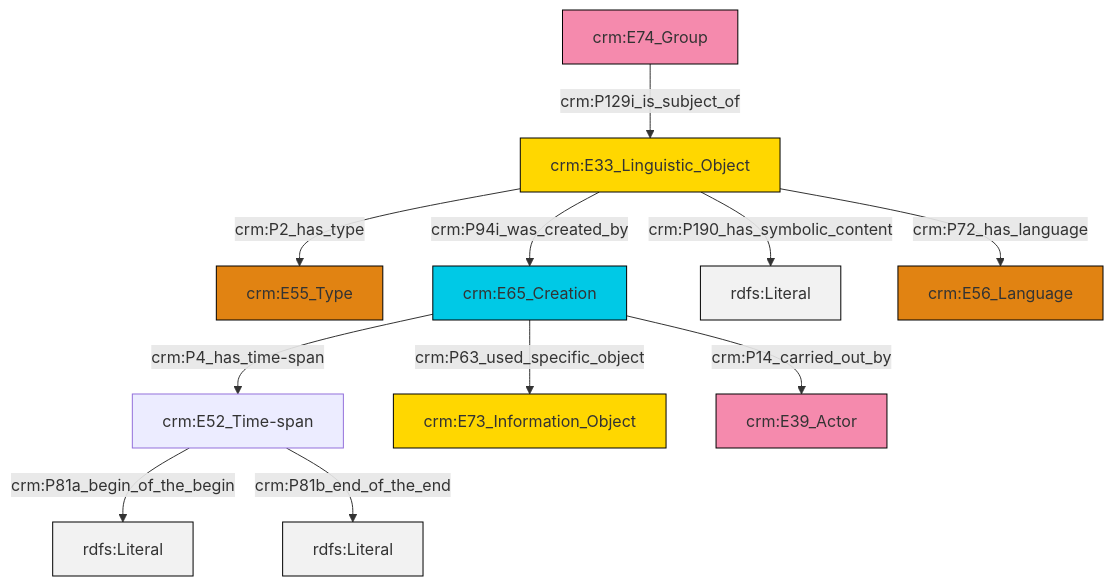
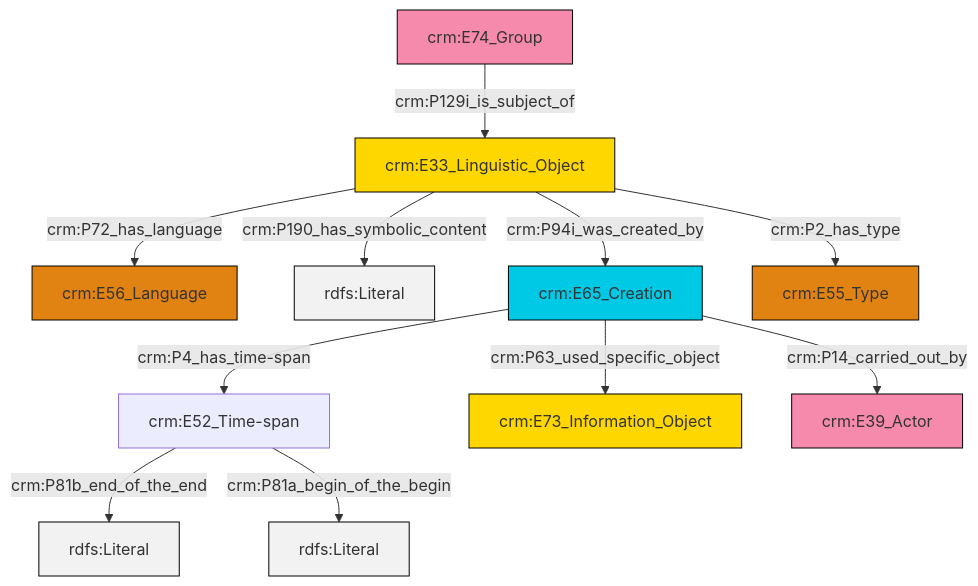
One commit to swiss-art-research-net/reference-data-models changed the diagram in et/groupCSV/ttl/mmd/group_description.ttl.mmd. Above: the diagram before and after it, drawn with Mermaid. The commit also changed 126 other files, not shown here.

```diff
--- a/et/groupCSV/ttl/mmd/group_description.ttl.mmd
+++ b/et/groupCSV/ttl/mmd/group_description.ttl.mmd
@@ -1,25 +1,25 @@
 graph TD
 classDef Literal fill:#f2f2f2,stroke:#000000;
 classDef CRM_Entity fill:#FFFFFF,stroke:#000000;
 classDef Temporal_Entity fill:#00C9E6, stroke:#000000;
 classDef Type fill:#E18312, stroke:#000000;
 classDef Time-Span fill:#2C9C91, stroke:#000000;
 classDef Appellation fill:#FFEB7F, stroke:#000000;
 classDef Place fill:#008836, stroke:#000000;
 classDef Persistent_Item fill:#B266B2, stroke:#000000;
 classDef Conceptual_Object fill:#FFD700, stroke:#000000;
 classDef Physical_Thing fill:#D2B48C, stroke:#000000;
 classDef Actor fill:#f58aad, stroke:#000000;
 classDef PC_Classes fill:#4ce600, stroke:#000000;
 classDef Multi fill:#cccccc,stroke:#000000;
 
-0["crm:E52_Time-span"]:::Default -->|crm:P81a_begin_of_the_begin| 1[rdfs:Literal]:::Literal
+0["crm:E52_Time-span"]:::Default -->|crm:P81b_end_of_the_end| 1[rdfs:Literal]:::Literal
 2["crm:E74_Group"]:::Actor -->|crm:P129i_is_subject_of| 3["crm:E33_Linguistic_Object"]:::Conceptual_Object
-3["crm:E33_Linguistic_Object"]:::Conceptual_Object -->|crm:P2_has_type| 4["crm:E55_Type"]:::Type
-5["crm:E65_Creation"]:::Temporal_Entity -->|crm:P63_used_specific_object| 6["crm:E73_Information_Object"]:::Conceptual_Object
-3["crm:E33_Linguistic_Object"]:::Conceptual_Object -->|crm:P190_has_symbolic_content| 7[rdfs:Literal]:::Literal
-3["crm:E33_Linguistic_Object"]:::Conceptual_Object -->|crm:P72_has_language| 8["crm:E56_Language"]:::Type
-5["crm:E65_Creation"]:::Temporal_Entity -->|crm:P4_has_time-span| 0["crm:E52_Time-span"]:::Default
-5["crm:E65_Creation"]:::Temporal_Entity -->|crm:P14_carried_out_by| 10["crm:E39_Actor"]:::Actor
-0["crm:E52_Time-span"]:::Default -->|crm:P81b_end_of_the_end| 18[rdfs:Literal]:::Literal
-3["crm:E33_Linguistic_Object"]:::Conceptual_Object -->|crm:P94i_was_created_by| 5["crm:E65_Creation"]:::Temporal_Entity
+3["crm:E33_Linguistic_Object"]:::Conceptual_Object -->|crm:P72_has_language| 4["crm:E56_Language"]:::Type
+3["crm:E33_Linguistic_Object"]:::Conceptual_Object -->|crm:P190_has_symbolic_content| 5[rdfs:Literal]:::Literal
+3["crm:E33_Linguistic_Object"]:::Conceptual_Object -->|crm:P94i_was_created_by| 6["crm:E65_Creation"]:::Temporal_Entity
+6["crm:E65_Creation"]:::Temporal_Entity -->|crm:P4_has_time-span| 0["crm:E52_Time-span"]:::Default
+6["crm:E65_Creation"]:::Temporal_Entity -->|crm:P63_used_specific_object| 11["crm:E73_Information_Object"]:::Conceptual_Object
+3["crm:E33_Linguistic_Object"]:::Conceptual_Object -->|crm:P2_has_type| 12["crm:E55_Type"]:::Type
+0["crm:E52_Time-span"]:::Default -->|crm:P81a_begin_of_the_begin| 17[rdfs:Literal]:::Literal
+6["crm:E65_Creation"]:::Temporal_Entity -->|crm:P14_carried_out_by| 13["crm:E39_Actor"]:::Actor
```
